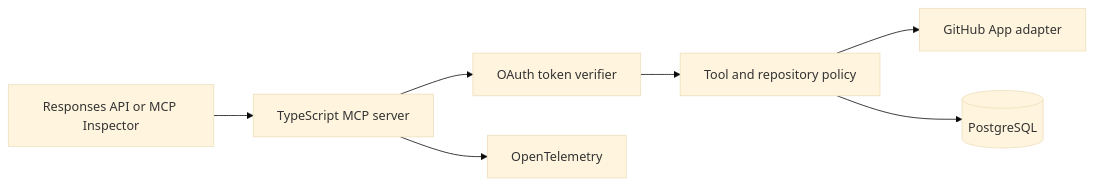
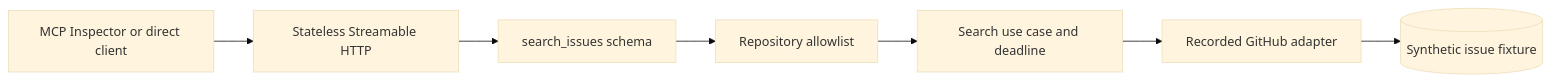
Before and after one commit to pablodcruz/enterprise-ai-integration: the diagram in solutions/engineering-operations-mcp/README.md, drawn with Mermaid (base theme). The commit also changed other lines of this file and 30 other files, not shown here.

Commit message:
Build Project 1 recorded MCP search slice

````diff
--- a/solutions/engineering-operations-mcp/README.md
+++ b/solutions/engineering-operations-mcp/README.md
@@ -9,9 +41,9 @@
 ```mermaid
 flowchart LR
-    Client["Responses API or MCP Inspector"] --> Server["TypeScript MCP server"]
-    Server --> Auth["OAuth token verifier"]
-    Auth --> Policy["Tool and repository policy"]
-    Policy --> GitHub["GitHub App adapter"]
-    Policy --> Postgres[("PostgreSQL")]
-    Server --> OTel["OpenTelemetry"]
+    Client["MCP Inspector or direct client"] --> HTTP["Stateless Streamable HTTP"]
+    HTTP --> Tool["search_issues schema"]
+    Tool --> Policy["Repository allowlist"]
+    Policy --> UseCase["Search use case and deadline"]
+    UseCase --> Adapter["Recorded GitHub adapter"]
+    Adapter --> Fixture[("Synthetic issue fixture")]
 ```
````
